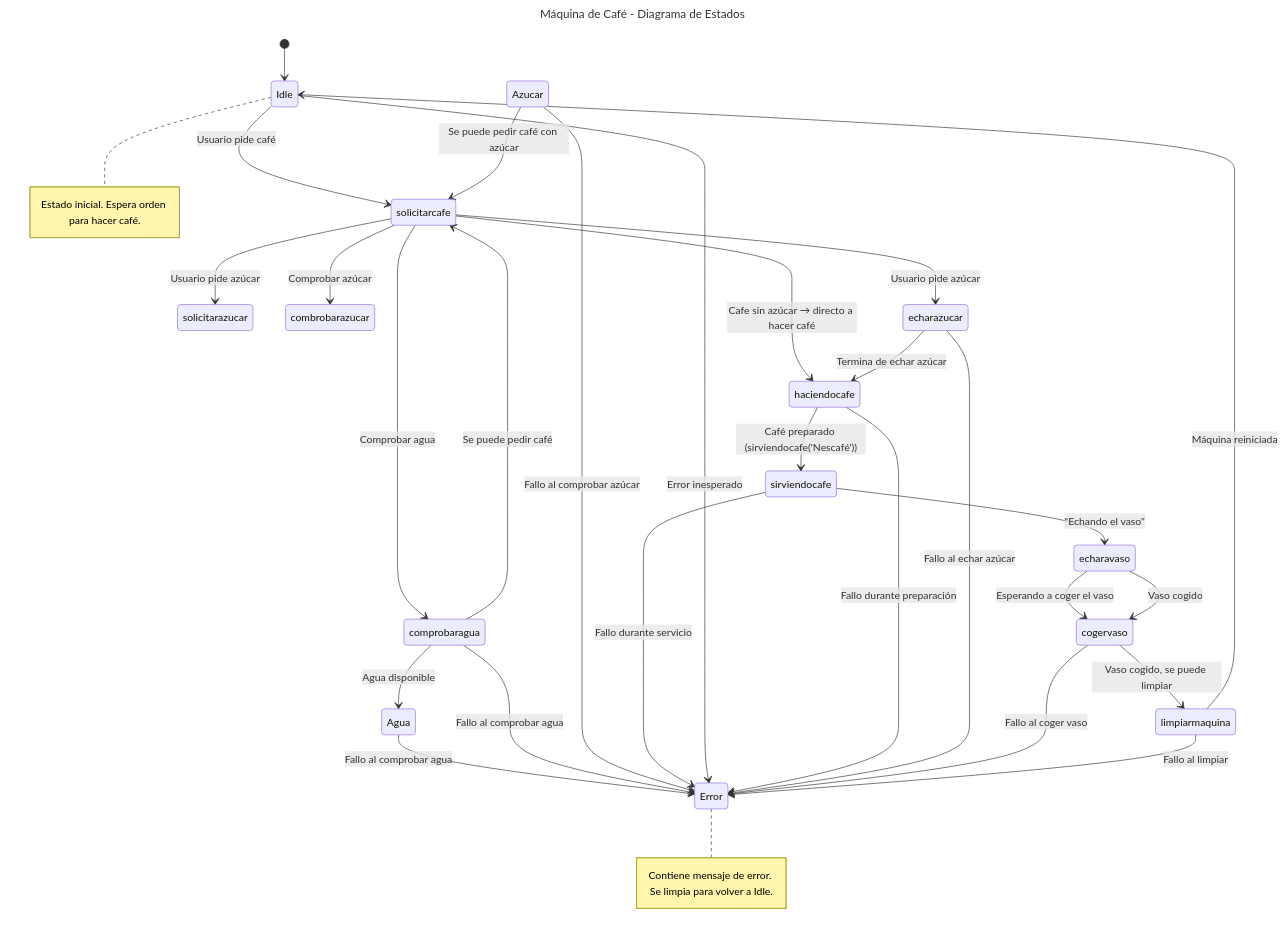
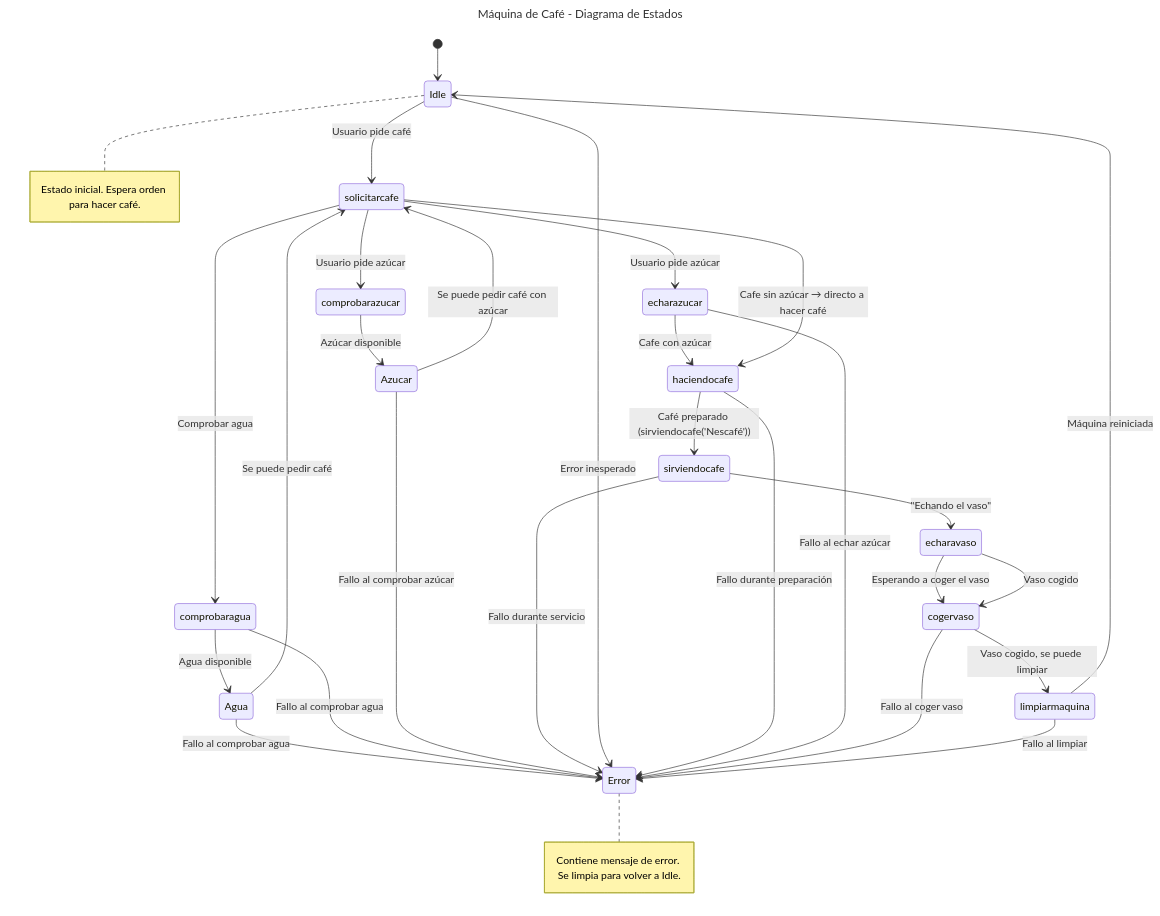
Before and after one commit to shermidagre/PMDM: the diagram in 1trabajo/src/diagrama.mmd, drawn with Mermaid.

Commit message:
random para probar

```diff
--- a/1trabajo/src/diagrama.mmd
+++ b/1trabajo/src/diagrama.mmd
@@ -1,33 +1,36 @@
 ---
 title: Máquina de Café - Diagrama de Estados
 ---
 stateDiagram-v2
 [*] --> Idle
 Idle --> solicitarcafe: Usuario pide café
+
 solicitarcafe --> comprobaragua: Comprobar agua
 comprobaragua --> Agua: Agua disponible
 Agua --> Error: Fallo al comprobar agua
-comprobaragua --> solicitarcafe: Se puede pedir café
+Agua --> solicitarcafe: Se puede pedir café
 comprobaragua --> Error: Fallo al comprobar agua
 
-solicitarcafe --> solicitarazucar: Usuario pide azúcar
-solicitarcafe --> combrobarazucar: Comprobar azúcar
+solicitarcafe --> comprobarazucar : Usuario pide azúcar
+comprobarazucar --> Azucar: Azúcar disponible
 Azucar --> Error: Fallo al comprobar azúcar
 Azucar --> solicitarcafe: Se puede pedir café con azúcar
+
 solicitarcafe --> echarazucar: Usuario pide azúcar
+echarazucar --> haciendocafe: Cafe con azúcar
+
 solicitarcafe --> haciendocafe: Cafe sin azúcar → directo a hacer café
-echarazucar --> haciendocafe: Termina de echar azúcar
 haciendocafe --> sirviendocafe: Café preparado (sirviendocafe('Nescafé'))
 sirviendocafe --> Error: Fallo durante servicio
 Idle --> Error: Error inesperado
 haciendocafe --> Error: Fallo durante preparación
 echarazucar --> Error: Fallo al echar azúcar
 sirviendocafe --> echaravaso: "Echando el vaso"
 echaravaso --> cogervaso: Esperando a coger el vaso
 cogervaso --> Error: Fallo al coger vaso
 echaravaso --> cogervaso: Vaso cogido
 cogervaso --> limpiarmaquina:  Vaso cogido, se puede limpiar
 limpiarmaquina --> Idle: Máquina reiniciada
 limpiarmaquina --> Error: Fallo al limpiar
 note right of Idle: Estado inicial. Espera orden para hacer café.
 note right of Error: Contiene mensaje de error. Se limpia para volver a Idle.
```
